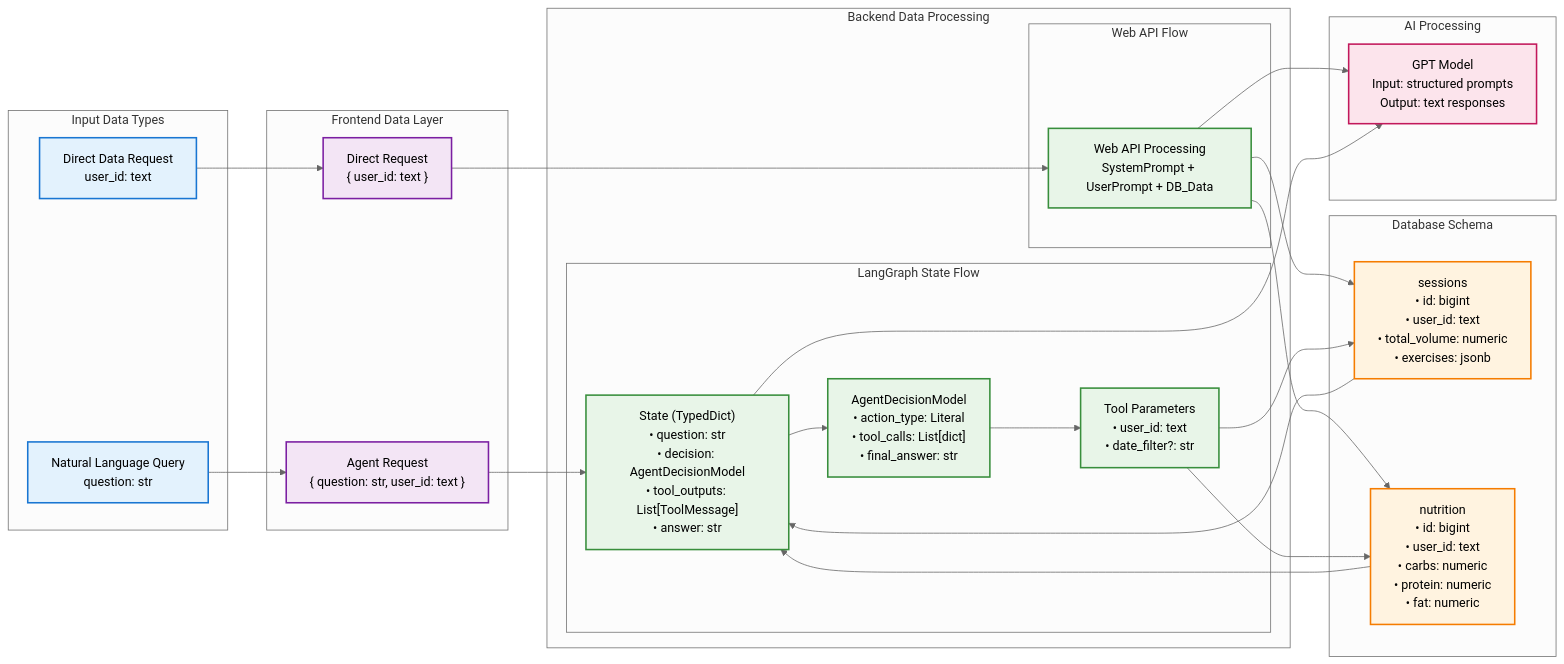
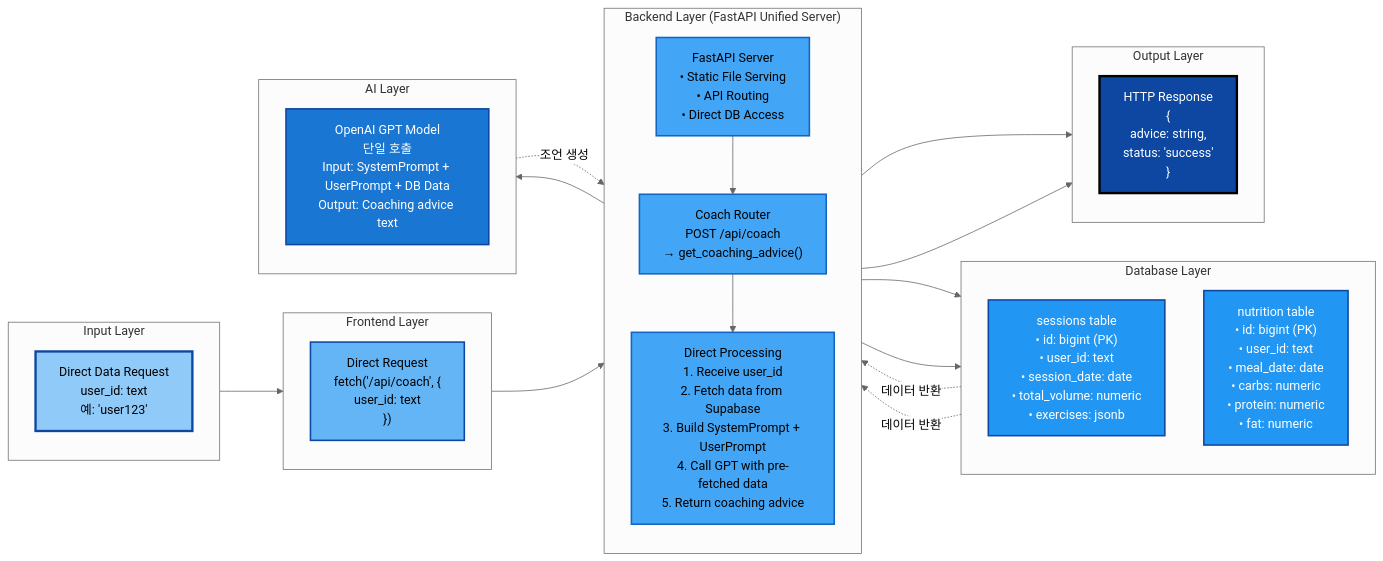
The third of 4 diagrams in README.md (parkjihoon186/pjt-final-gaida), drawn with Mermaid (neutral theme) before and after one commit. The commit also changed other lines of this file and 14 other files, not shown here.

Commit message:
refactor: Consolidate proxy server to FastAPI

````diff
--- a/README.md
+++ b/README.md
@@ -161,72 +203,73 @@
 ```mermaid
-
 graph LR
-    subgraph "Input Data Types"
-        NLQ["Natural Language Query<br/>question: str"]
-        DIR["Direct Data Request<br/>user_id: text"]
+    subgraph Input["Input Layer"]
+        direction TB
+        DIR["Direct Data Request<br/>user_id: text<br/>예: 'user123'"]
     end
     
-    subgraph "Frontend Data Layer"
-        REQ_Direct["Direct Request<br/>{ user_id: text }"]
-        REQ_Agent["Agent Request<br/>{ question: str, user_id: text }"]
+    subgraph Frontend["Frontend Layer"]
+        direction TB
+        REQ_Direct["Direct Request<br/>fetch('/api/coach', {<br/>  user_id: text<br/>})"]
     end
     
-    subgraph "Backend Data Processing"
-        subgraph "Web API Flow"
-            WEB["Web API Processing<br/>SystemPrompt + UserPrompt + DB_Data"]
-        end
+    subgraph Backend["Backend Layer (FastAPI Unified Server)"]
+        direction TB
+        FASTAPI["FastAPI Server<br/>• Static File Serving<br/>• API Routing<br/>• Direct DB Access"]
         
-        subgraph "LangGraph State Flow"
-            STATE["State (TypedDict)<br/>• question: str<br/>• decision: AgentDecisionModel<br/>• tool_outputs: List[ToolMessage]<br/>• answer: str"]
-            
-            DECISION["AgentDecisionModel<br/>• action_type: Literal<br/>• tool_calls: List[dict]<br/>• final_answer: str"]
-            
-            TOOLS["Tool Parameters<br/>• user_id: text<br/>• date_filter?: str"]
-        end
+        ROUTER["Coach Router<br/>POST /api/coach<br/>→ get_coaching_advice()"]
+        
+        WEB["Direct Processing<br/>1. Receive user_id<br/>2. Fetch data from Supabase<br/>3. Build SystemPrompt + UserPrompt<br/>4. Call GPT with pre-fetched data<br/>5. Return coaching advice"]
     end
     
-    subgraph "Database Schema"
-        SESSIONS["sessions<br/>• id: bigint<br/>• user_id: text<br/>• total_volume: numeric<br/>• exercises: jsonb"]
+    subgraph Database["Database Layer"]
+        direction TB
+        SESSIONS["sessions table<br/>• id: bigint (PK)<br/>• user_id: text<br/>• session_date: date<br/>• total_volume: numeric<br/>• exercises: jsonb"]
         
-        NUTRITION["nutrition<br/>• id: bigint<br/>• user_id: text<br/>• carbs: numeric<br/>• protein: numeric<br/>• fat: numeric"]
+        NUTRITION["nutrition table<br/>• id: bigint (PK)<br/>• user_id: text<br/>• meal_date: date<br/>• carbs: numeric<br/>• protein: numeric<br/>• fat: numeric"]
     end
     
-    subgraph "AI Processing"
-        GPT["GPT Model<br/>Input: structured prompts<br/>Output: text responses"]
+    subgraph AI["AI Layer"]
+        direction TB
+        GPT["OpenAI GPT Model<br/>단일 호출<br/>Input: SystemPrompt + UserPrompt + DB Data<br/>Output: Coaching advice text"]
     end
     
-    %% Styling
-    classDef input fill:#e3f2fd,stroke:#1976d2,stroke-width:2px
-    classDef frontend fill:#f3e5f5,stroke:#7b1fa2,stroke-width:2px
-    classDef backend fill:#e8f5e8,stroke:#388e3c,stroke-width:2px
-    classDef database fill:#fff3e0,stroke:#f57c00,stroke-width:2px
-    classDef ai fill:#fce4ec,stroke:#c2185b,stroke-width:2px
+    subgraph Output["Output Layer"]
+        direction TB
+        RESPONSE["HTTP Response<br/>{<br/>  advice: string,<br/>  status: 'success'<br/>}"]
+    end
     
-    %% Data Flow Connections
+    %% Direct Flow Path
+    DIR --> REQ_Direct
+    REQ_Direct --> FASTAPI
+    FASTAPI --> ROUTER
+    ROUTER --> WEB
     
-    %% Direct Flow
-    DIR --> REQ_Direct
-    REQ_Direct --> WEB
+    %% Database Access
     WEB --> SESSIONS
     WEB --> NUTRITION
+    SESSIONS -.->|데이터 반환| WEB
+    NUTRITION -.->|데이터 반환| WEB
+    
+    %% AI Processing
     WEB --> GPT
+    GPT -.->|조언 생성| WEB
     
-    %% Agent Flow
-    NLQ --> REQ_Agent
-    REQ_Agent --> STATE
-    STATE --> DECISION
-    DECISION --> TOOLS
-    TOOLS --> SESSIONS
-    TOOLS --> NUTRITION
-    SESSIONS --> STATE
-    NUTRITION --> STATE
-    STATE --> GPT
+    %% Output Flow
+    WEB --> RESPONSE
+    FASTAPI --> RESPONSE
     
-    %% Apply Classes
-    class NLQ,DIR input
-    class REQ_Direct,REQ_Agent frontend
-    class WEB,STATE,DECISION,TOOLS backend
+    %% Styling
+    classDef input fill:#90caf9,stroke:#0d47a1,stroke-width:3px,color:#000
+    classDef frontend fill:#64b5f6,stroke:#0d47a1,stroke-width:2px,color:#000
+    classDef backend fill:#42a5f5,stroke:#1565c0,stroke-width:2px,color:#000
+    classDef database fill:#2196f3,stroke:#0d47a1,stroke-width:2px,color:#fff
+    classDef ai fill:#1976d2,stroke:#0d47a1,stroke-width:2px,color:#fff
+    classDef output fill:#0d47a1,stroke:#000,stroke-width:3px,color:#fff
+    
+    class DIR input
+    class REQ_Direct frontend
+    class FASTAPI,ROUTER,WEB backend
     class SESSIONS,NUTRITION database
     class GPT ai
-
+    class RESPONSE output
 ```
````
